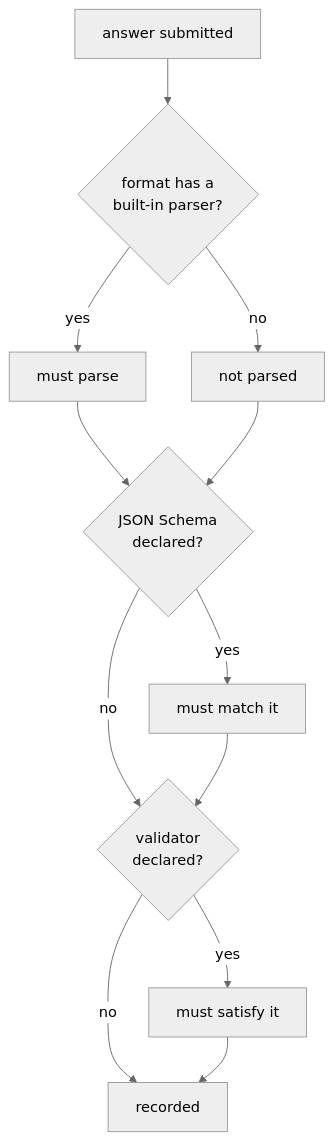
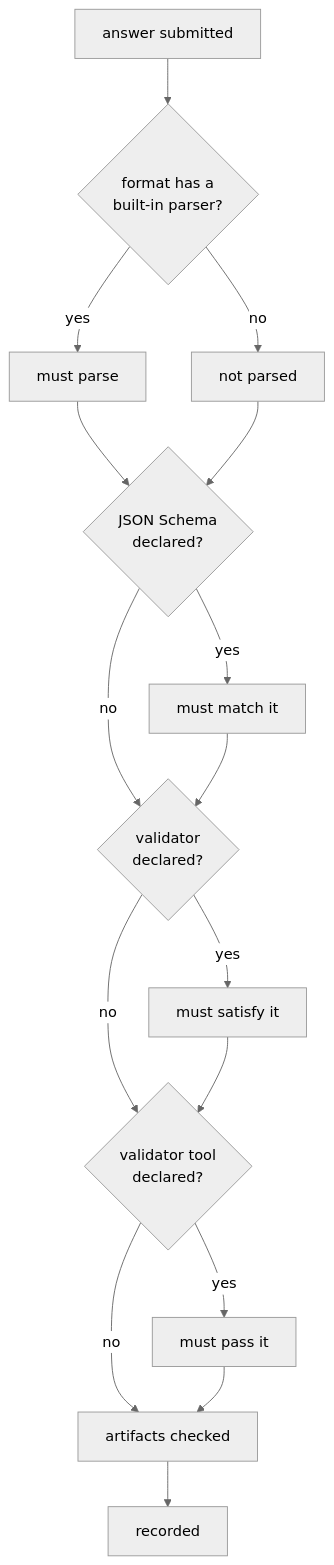
One commit to GEMISIS/leviath changed the diagram in docs/content/rhai-validators.md. Above: the diagram before and after it, drawn with Mermaid (neutral theme). The commit also changed other lines of this file and 60 other files, not shown here.

````diff
--- a/docs/content/rhai-validators.md
+++ b/docs/content/rhai-validators.md
@@ -125,14 +188,18 @@
 ```mermaid
 flowchart TB
   A["answer submitted"] --> B{"format has a<br/>built-in parser?"}
   B -->|yes| C["must parse"]
   B -->|no| D["not parsed"]
   C --> E{"JSON Schema<br/>declared?"}
   D --> E
   E -->|yes| F["must match it"]
   E -->|no| G
   F --> G{"validator<br/>declared?"}
   G -->|yes| H["must satisfy it"]
-  G -->|no| I["recorded"]
-  H --> I
+  G -->|no| J
+  H --> J{"validator tool<br/>declared?"}
+  J -->|yes| K["must pass it"]
+  J -->|no| L["artifacts checked"]
+  K --> L
+  L --> I["recorded"]
 ```
````
